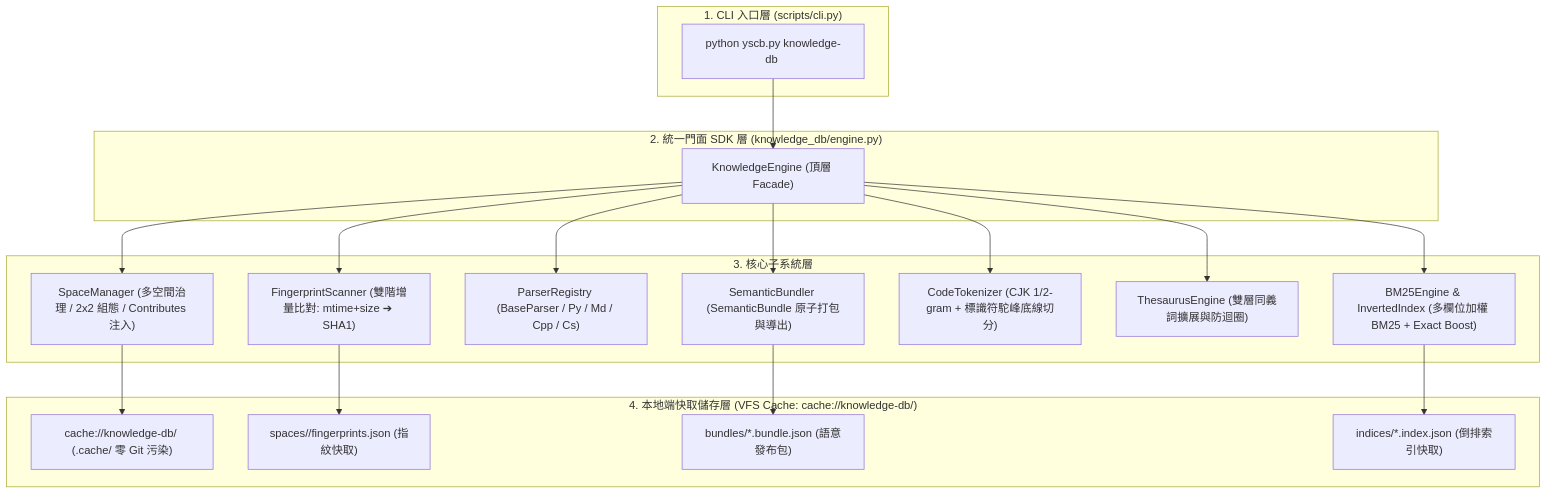
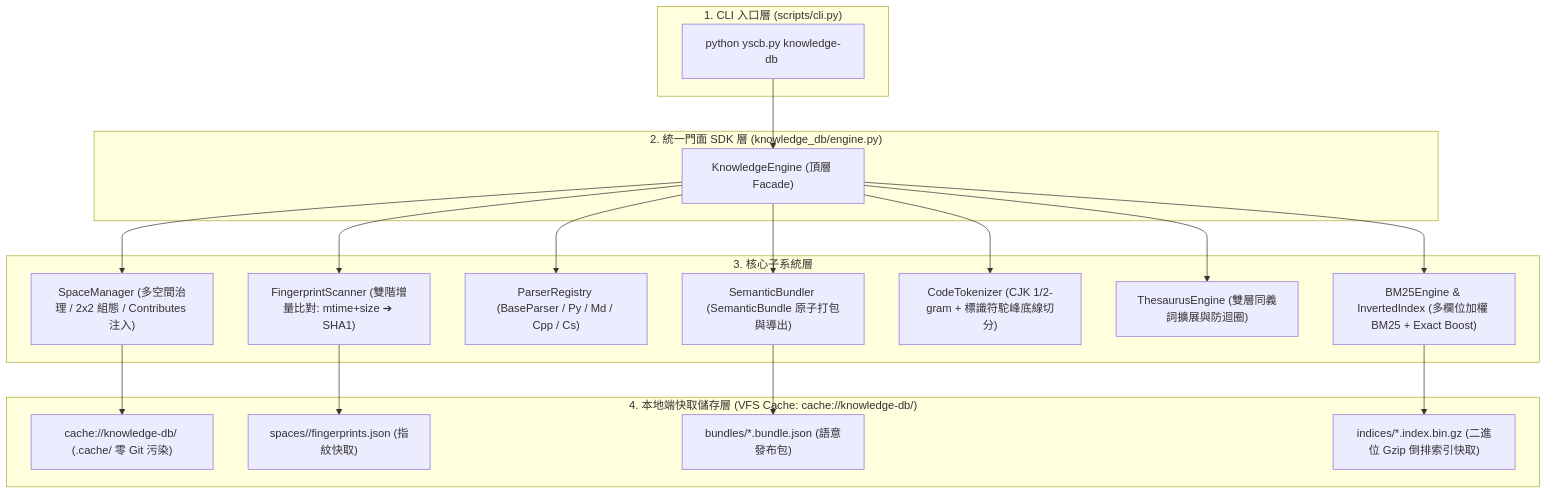
One commit to ysnaive/ys-codebase changed the first of 2 diagrams in docs/knowledge-db/architecture.md. Above: the diagram before and after it, drawn with Mermaid. The commit also changed 23 other files, not shown here.

Commit message:
perf(knowledge-db): normalize symbol pool and serialize inverted index as gzip binary cache

````diff
--- a/docs/knowledge-db/architecture.md
+++ b/docs/knowledge-db/architecture.md
@@ -9,34 +9,34 @@
 ```mermaid
 flowchart TD
     subgraph CLILayer ["1. CLI 入口層 (scripts/cli.py)"]
         CLI["python yscb.py knowledge-db <status|scan|bundle|index|search|clean>"]
     end
 
     subgraph SDKLayer ["2. 統一門面 SDK 層 (knowledge_db/engine.py)"]
         Engine["KnowledgeEngine (頂層 Facade)"]
     end
 
     subgraph CoreLayer ["3. 核心子系統層"]
         SpaceMgr["SpaceManager (多空間治理 / 2x2 組態 / Contributes 注入)"]
         Scanner["FingerprintScanner (雙階增量比對: mtime+size ➔ SHA1)"]
         Registry["ParserRegistry (BaseParser / Py / Md / Cpp / Cs)"]
         Bundler["SemanticBundler (SemanticBundle 原子打包與導出)"]
         Tokenizer["CodeTokenizer (CJK 1/2-gram + 標識符駝峰底線切分)"]
         Thesaurus["ThesaurusEngine (雙層同義詞擴展與防迴圈)"]
         Retrieval["BM25Engine & InvertedIndex (多欄位加權 BM25 + Exact Boost)"]
     end
 
     subgraph StorageLayer ["4. 本地端快取儲存層 (VFS Cache: cache://knowledge-db/)"]
         CacheRoot["cache://knowledge-db/ (.cache/ 零 Git 污染)"]
         FPStorage["spaces/<space>/fingerprints.json (指紋快取)"]
         BundleStorage["bundles/*.bundle.json (語意發布包)"]
-        IndexStorage["indices/*.index.json (倒排索引快取)"]
+        IndexStorage["indices/*.index.bin.gz (二進位 Gzip 倒排索引快取)"]
     end
 
     CLI --> Engine
     Engine --> SpaceMgr & Scanner & Registry & Bundler & Tokenizer & Thesaurus & Retrieval
     SpaceMgr --> CacheRoot
     Scanner --> FPStorage
     Bundler --> BundleStorage
     Retrieval --> IndexStorage
 ```
````
